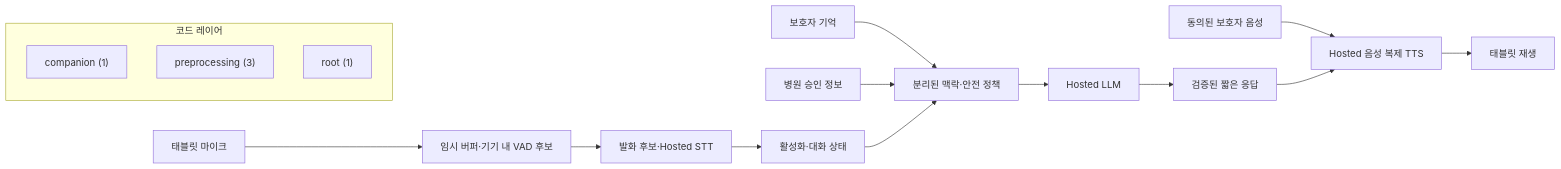
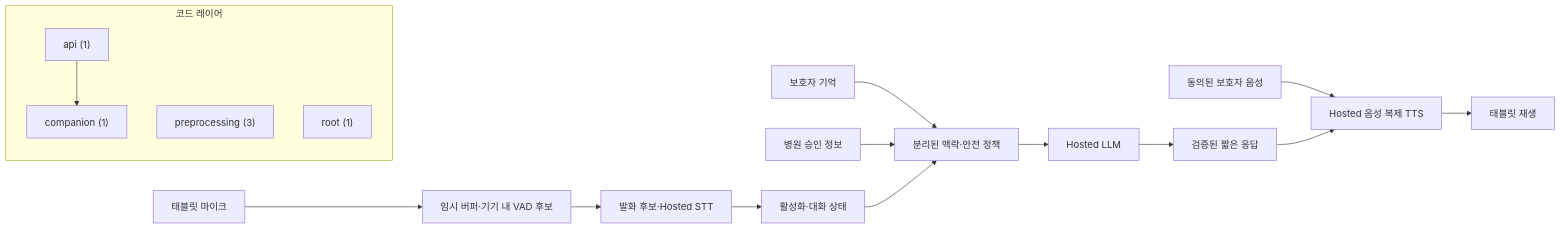
The diagram in architecture/generated/project-map.md (GracieRho/KoF5-TTS-delirium), drawn with Mermaid before and after one commit. The commit also changed other lines of this file and 9 other files, not shown here.

````diff
--- a/architecture/generated/project-map.md
+++ b/architecture/generated/project-map.md
@@ -5,20 +5,22 @@
 ```mermaid
 flowchart LR
   mic["태블릿 마이크"] --> vad["임시 버퍼·기기 내 VAD 후보"]
   vad --> stt["발화 후보·Hosted STT"]
   stt --> activation["활성화·대화 상태"]
   family["보호자 기억"] --> context["분리된 맥락·안전 정책"]
   hospital["병원 승인 정보"] --> context
   activation --> context
   context --> llm["Hosted LLM"]
   llm --> response["검증된 짧은 응답"]
   guardian["동의된 보호자 음성"] --> voice["Hosted 음성 복제 TTS"]
   response --> voice
   voice --> tablet["태블릿 재생"]
 
   subgraph code["코드 레이어"]
+    layer_api["api (1)"]
     layer_companion["companion (1)"]
     layer_preprocessing["preprocessing (3)"]
     layer_root["root (1)"]
+    layer_api --> layer_companion
   end
 ```
````
